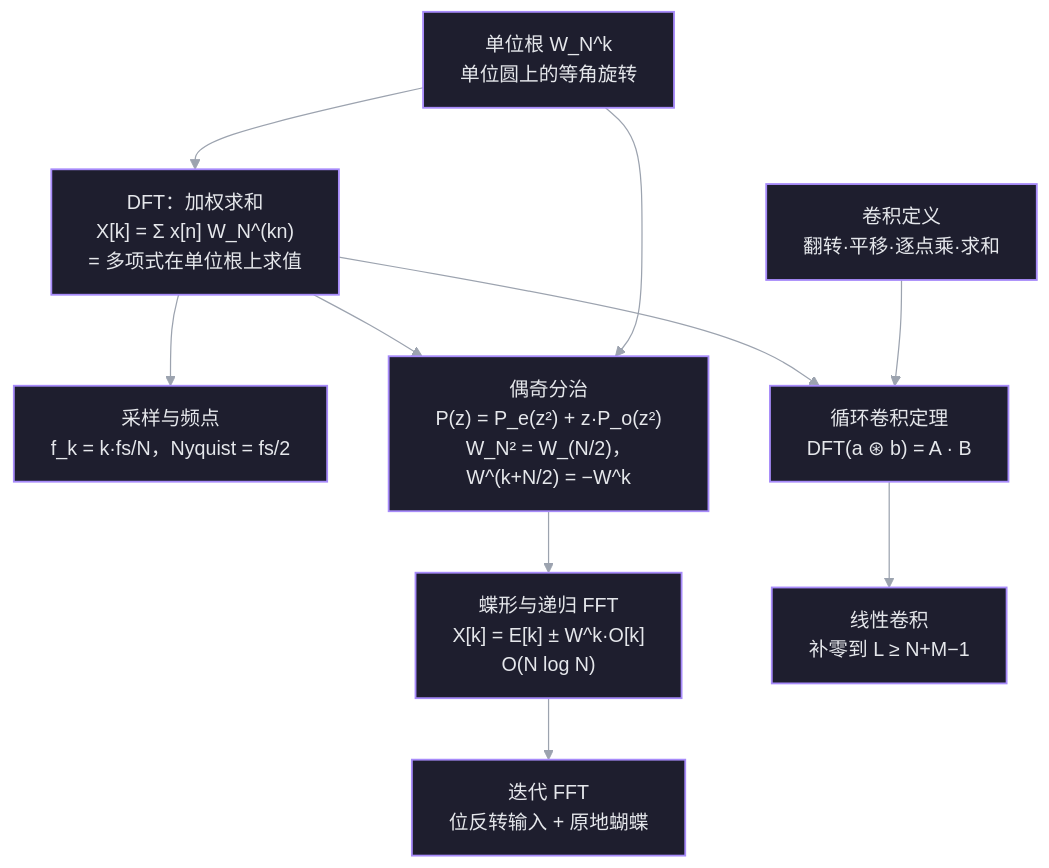
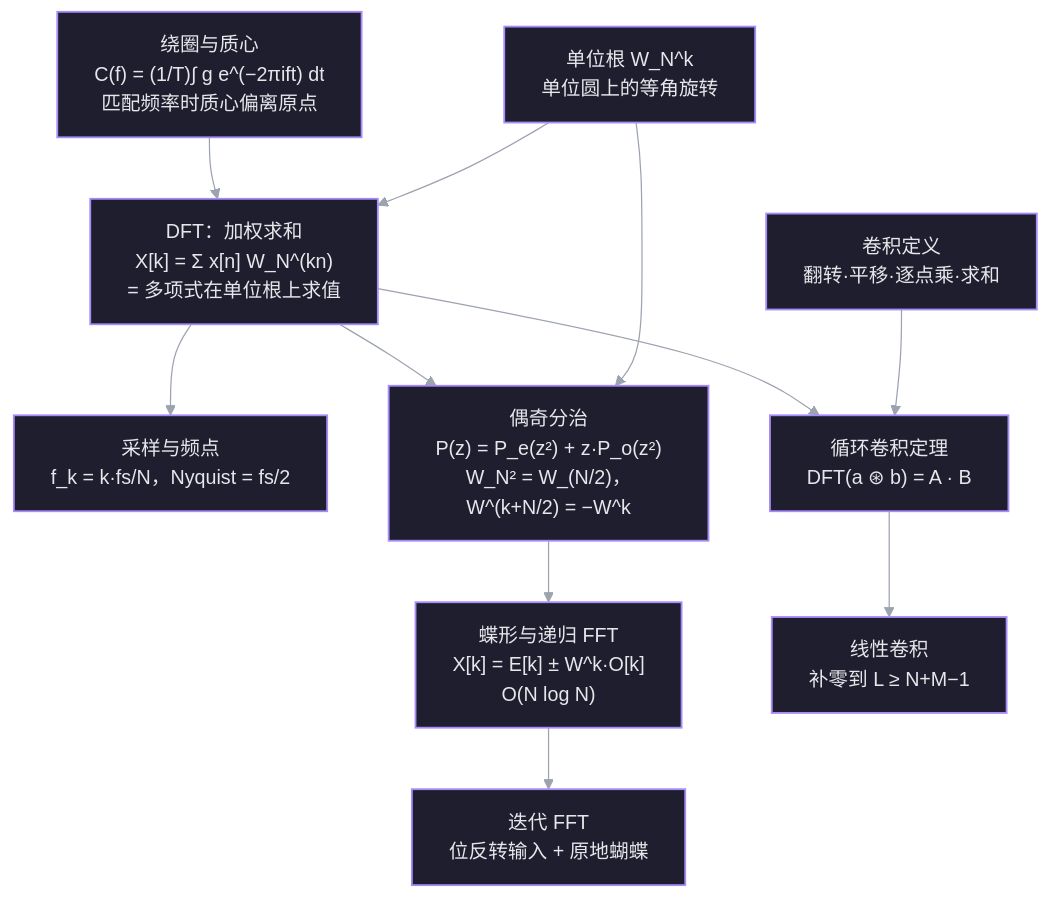
Before and after one commit to Korotomx/STD: the first of 2 diagrams in Math/Linear Algebra/STDY/FFT 深入 · 频谱、蝴蝶与卷积.md, drawn with Mermaid. The commit also changed other lines of this file and 6 other files, not shown here.

````diff
--- a/Math/Linear Algebra/STDY/FFT 深入 · 频谱、蝴蝶与卷积.md
+++ b/Math/Linear Algebra/STDY/FFT 深入 · 频谱、蝴蝶与卷积.md
@@ -53,26 +53,28 @@
 ```mermaid
 %%{init: {'theme':'base','themeCSS':'.nodeLabel{color:#E5E7EB!important;fill:#E5E7EB!important}.edgeLabel p{background-color:#131312!important}.edgeLabel{color:#E5E7EB!important}svg{background:transparent!important}','themeVariables':{'primaryColor':'#1E1E2E','primaryTextColor':'#E5E7EB','primaryBorderColor':'#A78BFA','lineColor':'#9CA3AF','mainBkg':'#1E1E2E','nodeBorder':'#A78BFA','clusterBkg':'#131312','edgeLabelBackground':'#131312','fontFamily':'Noto Sans CJK SC, sans-serif'}}}%%
 flowchart TD
     R1["单位根 W_N^k<br/>单位圆上的等角旋转"]
     R2["卷积定义<br/>翻转·平移·逐点乘·求和"]
 
+    D0["绕圈与质心<br/>C(f) = (1/T)∫ g e^(−2πift) dt<br/>匹配频率时质心偏离原点"]
     D1["DFT：加权求和<br/>X[k] = Σ x[n] W_N^(kn)<br/>= 多项式在单位根上求值"]
     D2["采样与频点<br/>f_k = k·fs/N，Nyquist = fs/2"]
     D3["偶奇分治<br/>P(z) = P_e(z²) + z·P_o(z²)<br/>W_N² = W_(N/2)，W^(k+N/2) = −W^k"]
     D4["蝶形与递归 FFT<br/>X[k] = E[k] ± W^k·O[k]<br/>O(N log N)"]
     D5["迭代 FFT<br/>位反转输入 + 原地蝴蝶"]
     D6["循环卷积定理<br/>DFT(a ⊛ b) = A · B"]
     D7["线性卷积<br/>补零到 L ≥ N+M−1"]
 
+    D0 --> D1
     R1 --> D1
     D1 --> D2
     D1 --> D3
     R1 --> D3
     D3 --> D4
     D4 --> D5
     D1 --> D6
     R2 --> D6
     D6 --> D7
 classDef default fill:#1E1E2E,stroke:#A78BFA,stroke-width:1.5px,color:#E5E7EB
 linkStyle default stroke:#9CA3AF
 ```
````
